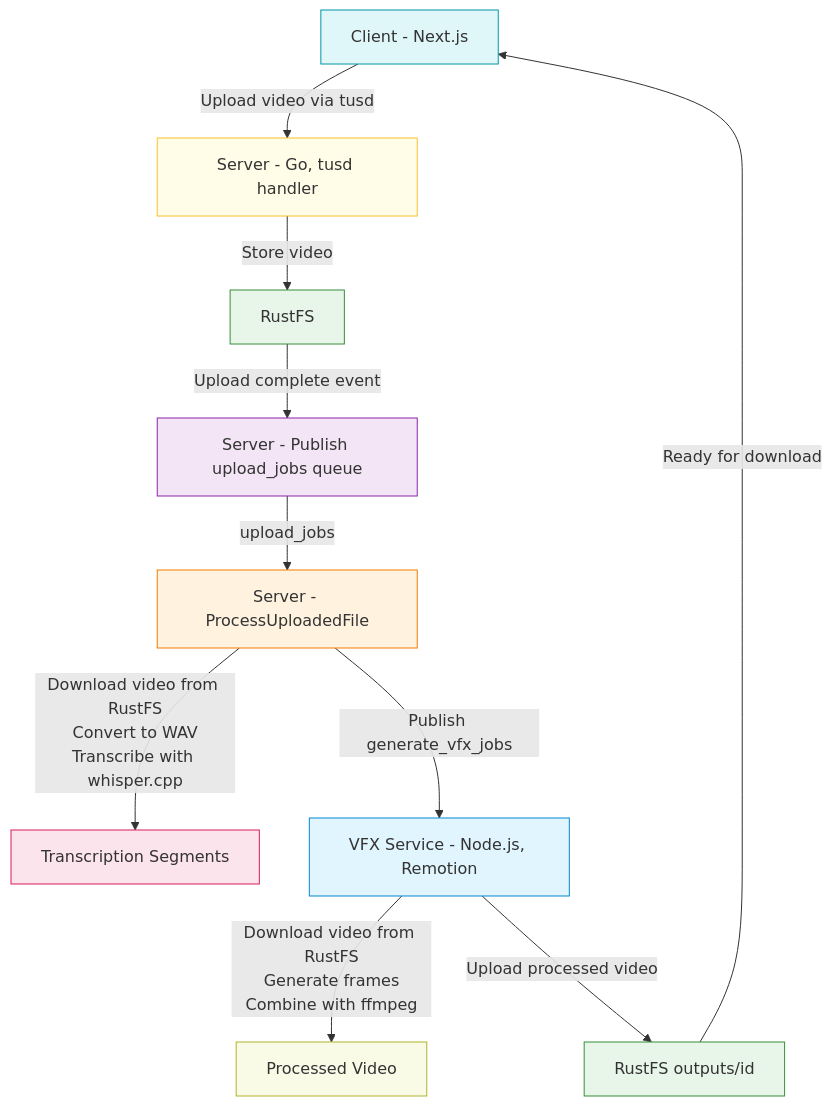
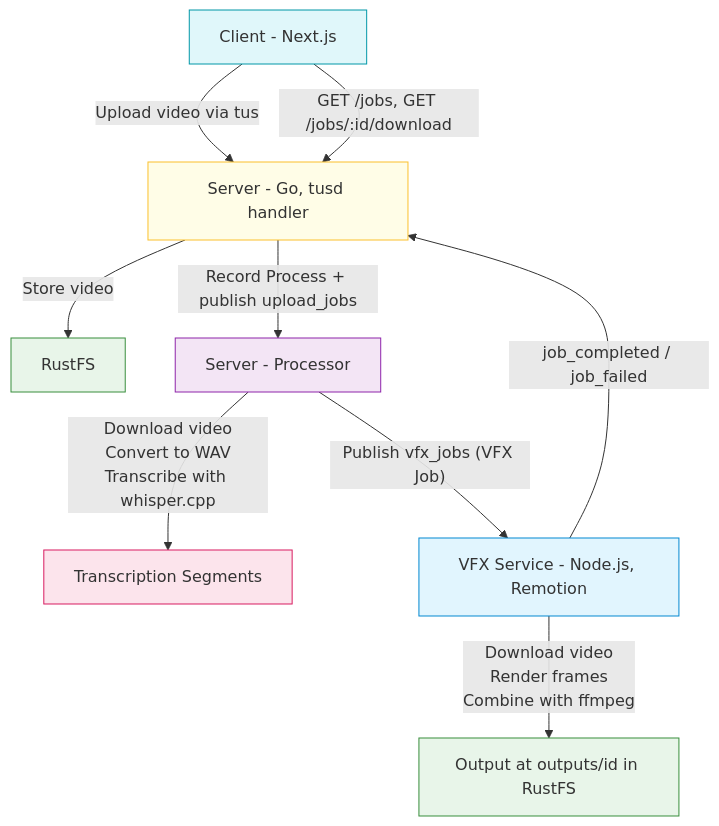
The diagram in README.md (rubichandrap/subvision), drawn with Mermaid before and after one commit. The commit also changed other lines of this file and 3 other files, not shown here.

````diff
--- a/README.md
+++ b/README.md
@@ -33,22 +33,19 @@
 ```mermaid
 flowchart TD
-    A[Client - Next.js] -- Upload video via tusd --> B[Server - Go, tusd handler]
+    A[Client - Next.js] -- Upload video via tus --> B[Server - Go, tusd handler]
     B -- Store video --> C[RustFS]
-    C -- Upload complete event --> D[Server - Publish upload_jobs queue]
-    D -- upload_jobs --> E[Server - ProcessUploadedFile]
-    E -- Download video from RustFS<br>Convert to WAV<br>Transcribe with whisper.cpp --> F[Transcription Segments]
-    E -- Publish generate_vfx_jobs --> G[VFX Service - Node.js, Remotion]
-    G -- Download video from RustFS<br>Generate frames<br>Combine with ffmpeg --> H[Processed Video]
-    G -- Upload processed video --> I[RustFS outputs/id]
-    I -- Ready for download --> A
+    B -- Record Process + publish upload_jobs --> D[Server - Processor]
+    D -- Download video<br>Convert to WAV<br>Transcribe with whisper.cpp --> F[Transcription Segments]
+    D -- Publish vfx_jobs (VFX Job) --> G[VFX Service - Node.js, Remotion]
+    G -- Download video<br>Render frames<br>Combine with ffmpeg --> H[Output at outputs/id in RustFS]
+    G -- job_completed / job_failed --> B
+    A -- GET /jobs, GET /jobs/:id/download --> B
 
     style A fill:#e0f7fa,stroke:#0097a7
     style B fill:#fffde7,stroke:#fbc02d
     style C fill:#e8f5e9,stroke:#388e3c
     style D fill:#f3e5f5,stroke:#8e24aa
-    style E fill:#fff3e0,stroke:#f57c00
     style F fill:#fce4ec,stroke:#d81b60
     style G fill:#e1f5fe,stroke:#0288d1
-    style H fill:#f9fbe7,stroke:#afb42b
-    style I fill:#e8f5e9,stroke:#388e3c
+    style H fill:#e8f5e9,stroke:#388e3c
 ```
````
